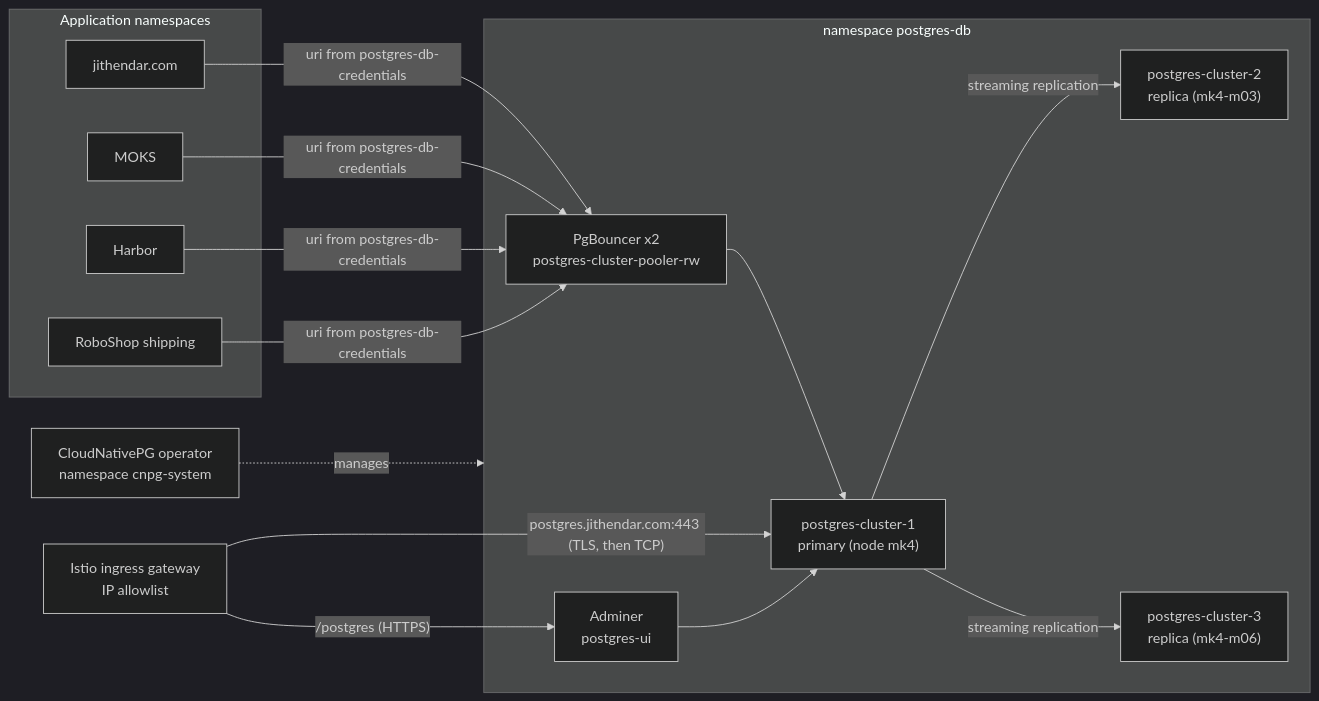
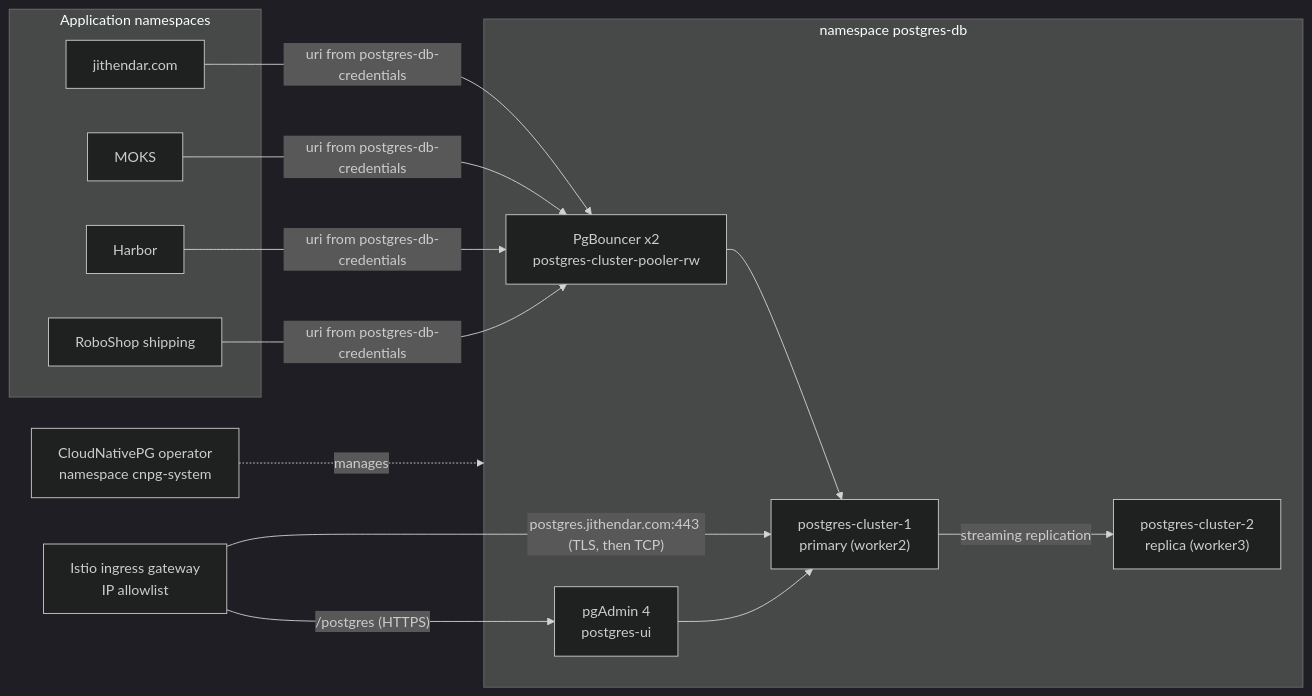
Before and after one commit to mrjithendar/jithendar.com: the first of 2 diagrams in content/blog/cloudnativepg-postgres-cluster-minikube-terraform.mdx, drawn with Mermaid (dark theme). The commit also changed other lines of this file and 40 other files, not shown here.

````diff
--- a/content/blog/cloudnativepg-postgres-cluster-minikube-terraform.mdx
+++ b/content/blog/cloudnativepg-postgres-cluster-minikube-terraform.mdx
@@ -91,26 +92,24 @@
 ```mermaid
 flowchart LR
   subgraph apps["Application namespaces"]
     J["jithendar.com"]
     M["MOKS"]
     H["Harbor"]
     R["RoboShop shipping"]
   end
   subgraph pgdb["namespace postgres-db"]
     PB["PgBouncer x2<br/>postgres-cluster-pooler-rw"]
-    P1["postgres-cluster-1<br/>primary (node mk4)"]
-    P2["postgres-cluster-2<br/>replica (mk4-m03)"]
-    P3["postgres-cluster-3<br/>replica (mk4-m06)"]
-    UI["Adminer<br/>postgres-ui"]
+    P1["postgres-cluster-1<br/>primary (worker2)"]
+    P2["postgres-cluster-2<br/>replica (worker3)"]
+    UI["pgAdmin 4<br/>postgres-ui"]
   end
   OP["CloudNativePG operator<br/>namespace cnpg-system"]
   GW["Istio ingress gateway<br/>IP allowlist"]
   J & M & H & R -->|"uri from postgres-db-credentials"| PB
   PB --> P1
   P1 -->|"streaming replication"| P2
-  P1 -->|"streaming replication"| P3
   GW -->|"/postgres (HTTPS)"| UI
   GW -->|"postgres.jithendar.com:443 (TLS, then TCP)"| P1
   UI --> P1
   OP -.->|"manages"| pgdb
 ```
````
